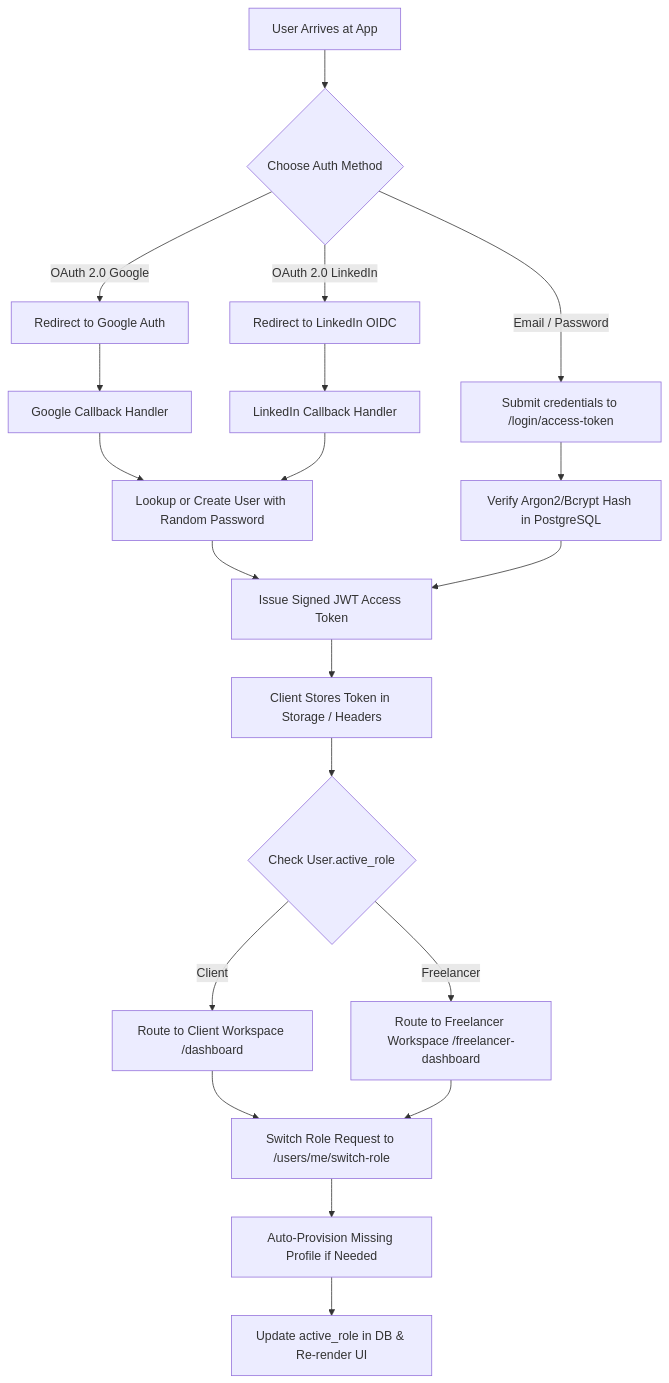
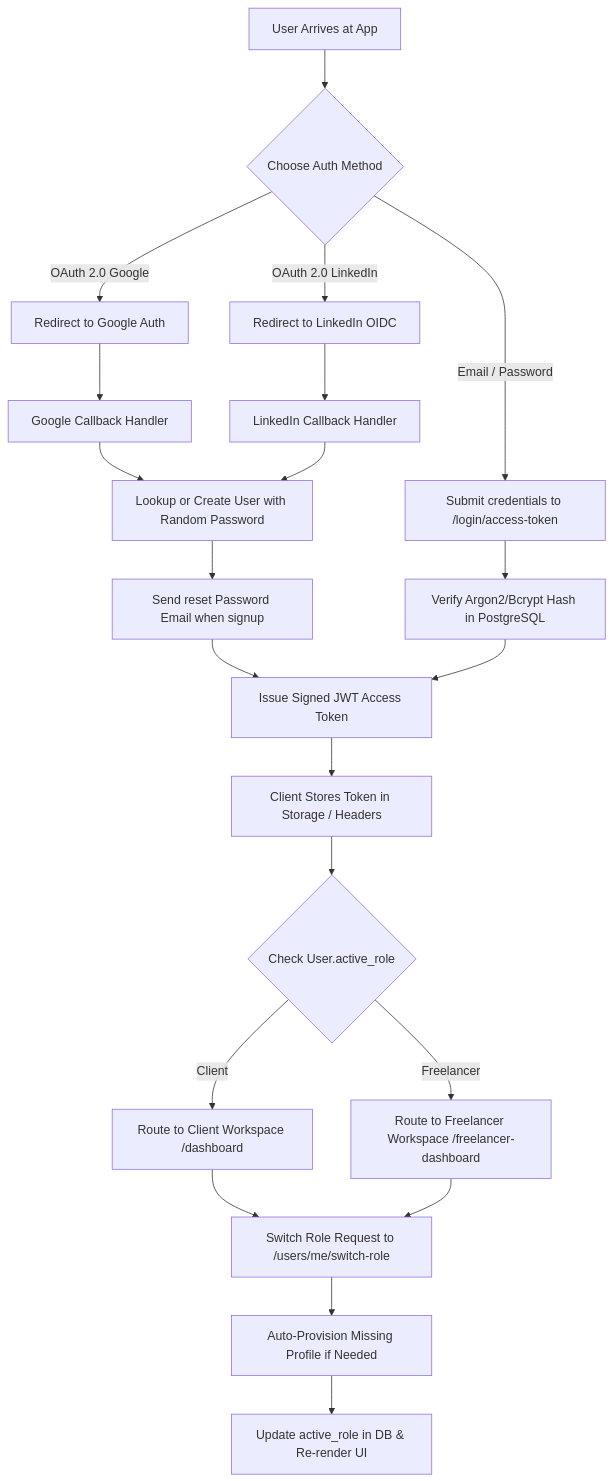
One commit to Skilio-org/Skilio changed the fourth of 6 diagrams in docs/architecture.md. Above: the diagram before and after it, drawn with Mermaid. The commit also changed 5 other files, not shown here.

````diff
--- a/docs/architecture.md
+++ b/docs/architecture.md
@@ -344,26 +344,28 @@
 ```mermaid
 flowchart TD
     A[User Arrives at App] --> B{Choose Auth Method}
     B -->|OAuth 2.0 Google| C[Redirect to Google Auth]
     B -->|OAuth 2.0 LinkedIn| D[Redirect to LinkedIn OIDC]
     B -->|Email / Password| E[Submit credentials to /login/access-token]
 
     C --> F[Google Callback Handler]
     D --> G[LinkedIn Callback Handler]
-    F --> H[Lookup or Create User with Random Password]
-    G --> H
+    F --> X[Lookup or Create User with Random Password]
+    G --> X
+
+    X --> H[Send reset Password Email when signup]
     E --> I[Verify Argon2/Bcrypt Hash in PostgreSQL]
 
     H --> J[Issue Signed JWT Access Token]
     I --> J
     J --> K[Client Stores Token in Storage / Headers]
 
     K --> L{Check User.active_role}
     L -->|Client| M[Route to Client Workspace /dashboard]
     L -->|Freelancer| N[Route to Freelancer Workspace /freelancer-dashboard]
 
     M --> O[Switch Role Request to /users/me/switch-role]
     N --> O
     O --> P[Auto-Provision Missing Profile if Needed]
     P --> Q[Update active_role in DB & Re-render UI]
 ```
````
